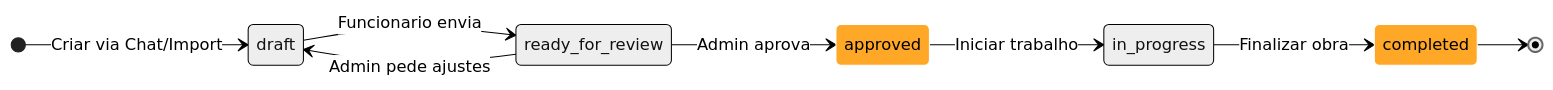
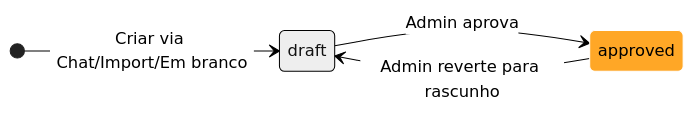
The second of 2 diagrams in docs/work-order.md (RafaelWinders/guia-do-usuario), drawn with Mermaid (neutral theme) before and after one commit. The commit also changed other lines of this file and 15 other files, not shown here.

````diff
--- a/docs/work-order.md
+++ b/docs/work-order.md
@@ -196,14 +181,10 @@
 ```mermaid
 stateDiagram-v2
     direction LR
-    [*] --> draft: Criar via Chat/Import
-    draft --> ready_for_review: Funcionario envia
-    ready_for_review --> approved: Admin aprova
-    ready_for_review --> draft: Admin pede ajustes
-    approved --> in_progress: Iniciar trabalho
-    in_progress --> completed: Finalizar obra
-    completed --> [*]
+    [*] --> draft: Criar via Chat/Import/Em branco
+    draft --> approved: Admin aprova
+    approved --> draft: Admin reverte para rascunho
 
-    classDef critical fill:#ffa726,stroke:#fff,color:#000
-    class approved,completed critical
+    classDef active fill:#ffa726,stroke:#fff,color:#000
+    class approved active
 ```
````
